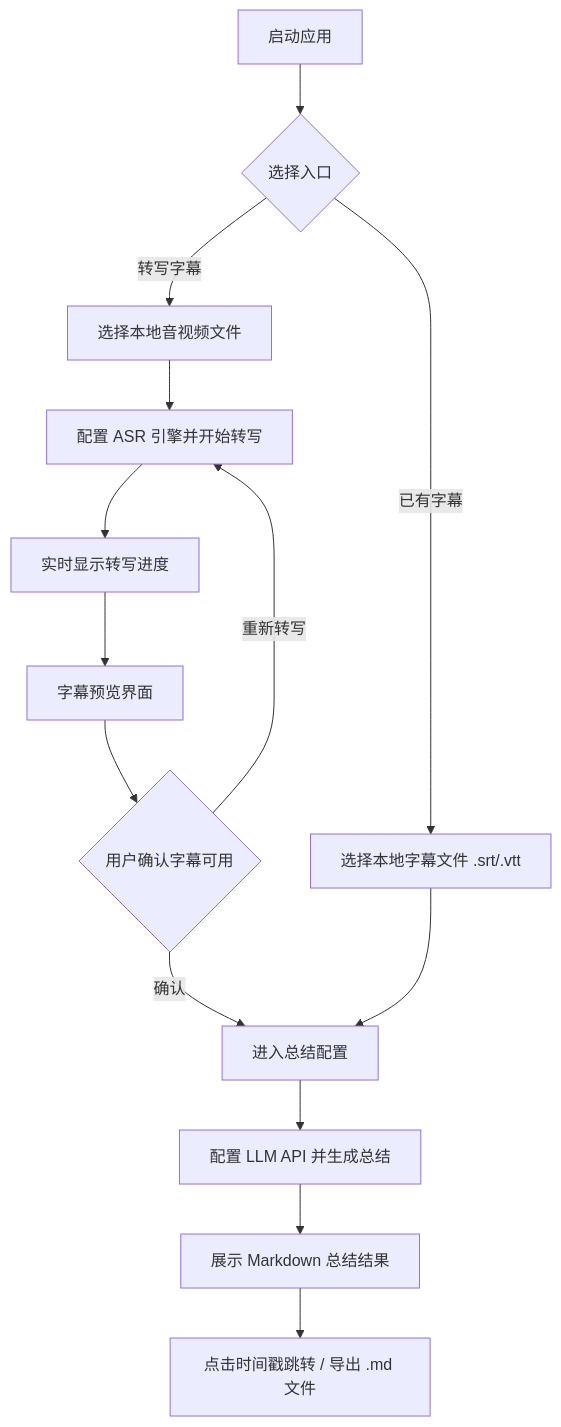
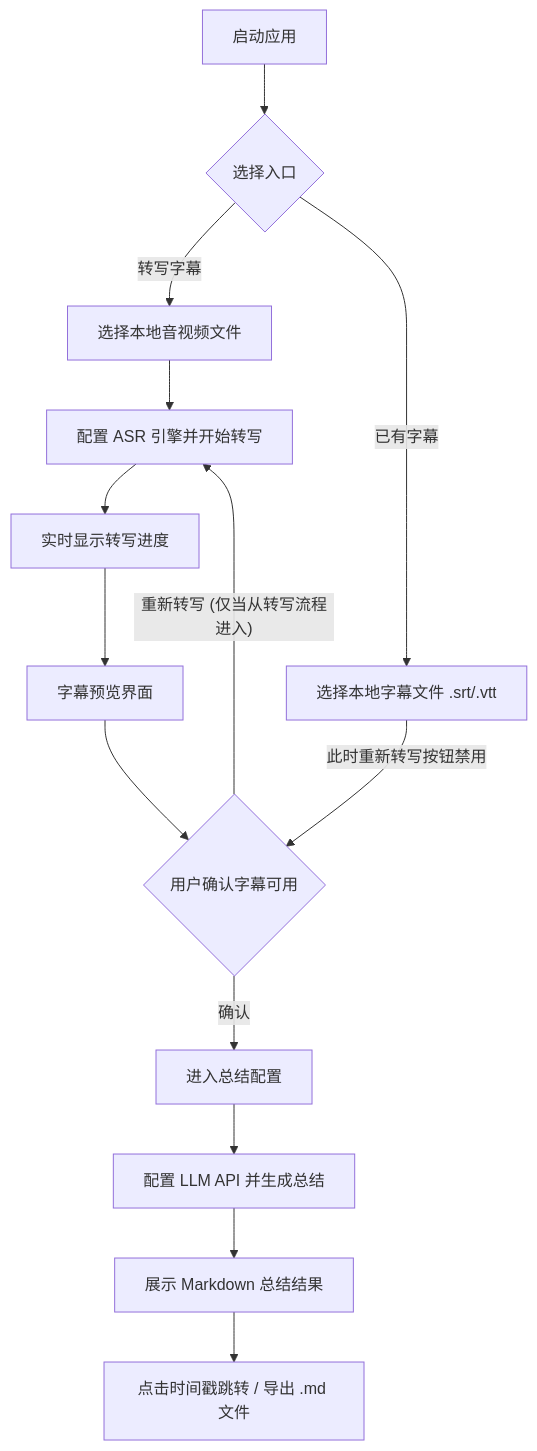
Before and after one commit to Sticky-Finger/VIDSUM: the diagram in docs/01-prd.md, drawn with Mermaid. The commit also changed other lines of this file and 1 other file, not shown here.

Commit message:
docs(prd,todo): 同步已有字幕入口的需求描述和状态
- 流程更改点：从已有字幕文件进入时，跳过 ASR 直接进入字幕预览，且"重新转写"按钮禁用

````diff
--- a/docs/01-prd.md
+++ b/docs/01-prd.md
@@ -52,16 +53,16 @@
 ```mermaid
 graph TD
     A[启动应用] --> B{选择入口};
     B -->|转写字幕| C[选择本地音视频文件];
     B -->|已有字幕| D[选择本地字幕文件 .srt/.vtt];
     C --> E[配置 ASR 引擎并开始转写];
     E --> F[实时显示转写进度];
     F --> G[字幕预览界面];
     G --> H{用户确认字幕可用};
     H -- 确认 --> I[进入总结配置];
-    H -- 重新转写 --> E;
-    D --> I;
+    H -- 重新转写 (仅当从转写流程进入) --> E;
+    D --此时重新转写按钮禁用--> H;
     I --> J[配置 LLM API 并生成总结];
     J --> K[展示 Markdown 总结结果];
     K --> L[点击时间戳跳转 / 导出 .md 文件];
 ```
````
